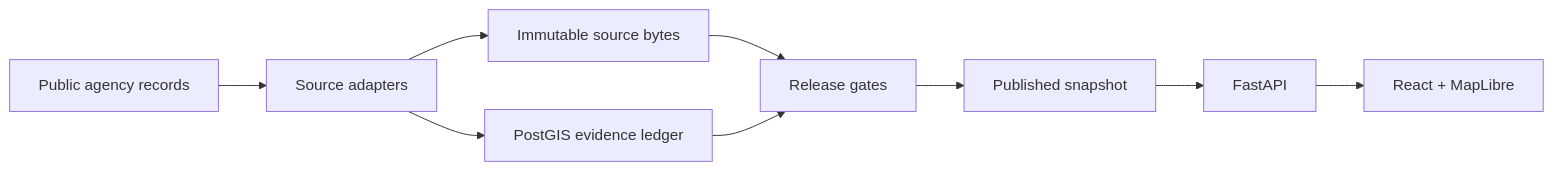
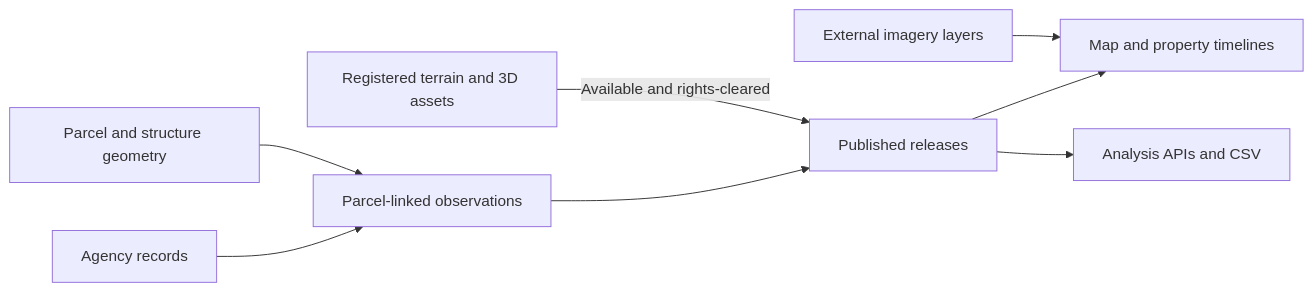
One commit to Andrewwilliamross/openpali changed the diagram in README.md. Above: the diagram before and after it, drawn with Mermaid. The commit also changed other lines of this file and 239 other files, not shown here.

````diff
--- a/README.md
+++ b/README.md
@@ -83,11 +36,10 @@
 ```mermaid
 flowchart LR
-    A[Public agency records] --> B[Source adapters]
-    B --> C[Immutable source bytes]
-    B --> D[PostGIS evidence ledger]
-    C --> E[Release gates]
-    D --> E
-    E --> F[Published snapshot]
-    F --> G[FastAPI]
-    G --> H[React + MapLibre]
+    A[Agency records] --> C[Parcel-linked observations]
+    B[Parcel and structure geometry] --> C
+    C --> E[Published releases]
+    D[Registered terrain and 3D assets] -->|Available and rights-cleared| E
+    E --> F[Map and property timelines]
+    E --> G[Analysis APIs and CSV]
+    H[External imagery layers] --> F
 ```
````
